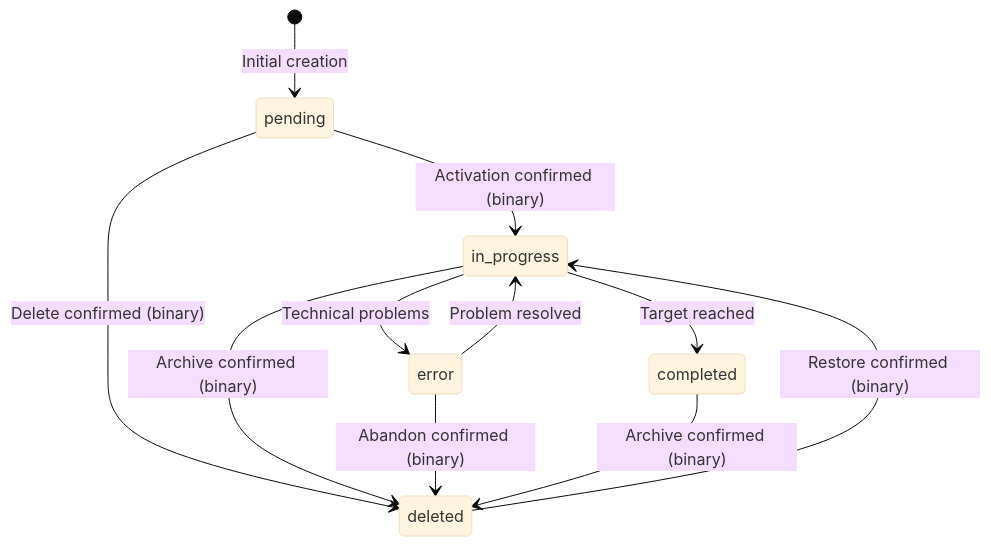
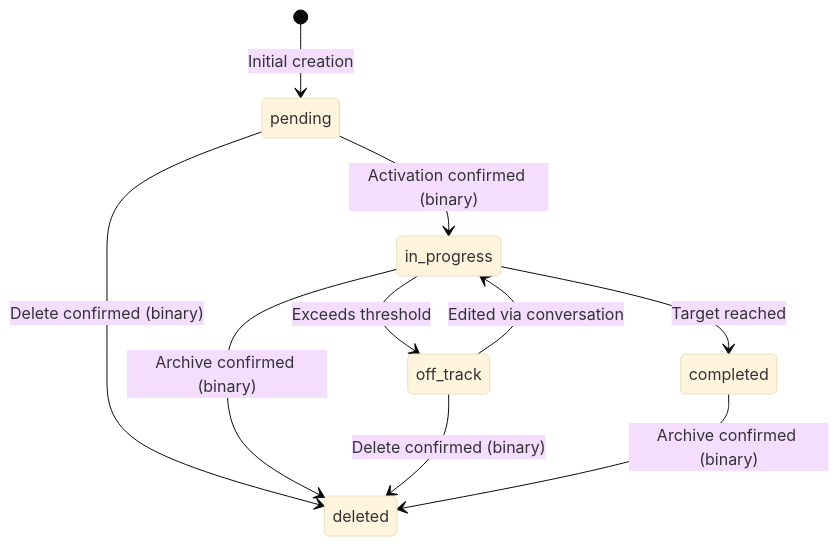
One commit to carrizojuancruz/ai changed the diagram in docs/features-and-prompts/artifacts/goals.md. Above: the diagram before and after it, drawn with Mermaid (base theme). The commit also changed other lines of this file and 1 other file, not shown here.

````diff
--- a/docs/features-and-prompts/artifacts/goals.md
+++ b/docs/features-and-prompts/artifacts/goals.md
@@ -379,13 +408,12 @@
 ```mermaid
 stateDiagram-v2
     [*] --> pending : Initial creation
     pending --> in_progress : Activation confirmed (binary)
     pending --> deleted : Delete confirmed (binary)
     in_progress --> completed : Target reached
-    in_progress --> error : Technical problems
+    in_progress --> off_track : Exceeds threshold
     in_progress --> deleted : Archive confirmed (binary)
-    error --> in_progress : Problem resolved
-    error --> deleted : Abandon confirmed (binary)
+    off_track --> in_progress : Edited via conversation
+    off_track --> deleted : Delete confirmed (binary)
     completed --> deleted : Archive confirmed (binary)
-    deleted --> in_progress : Restore confirmed (binary)
 ```
````
